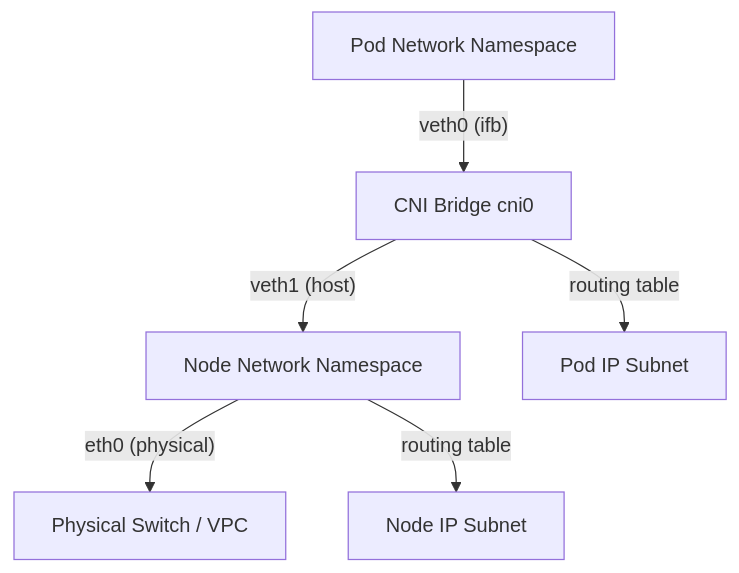
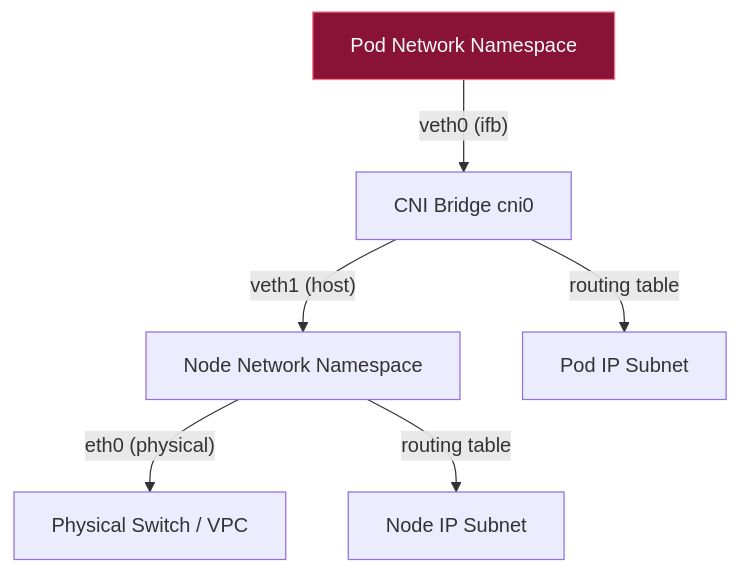
Before and after one commit to UnrealTemplier/go-textbook: the first of 2 diagrams in sources/3. Компьютерные сети и сетевой стек/41. Kubernetes Networking. CNI, Pod Network, Service, Ingress.md, drawn with Mermaid. The commit also changed other lines of this file and 1666 other files, not shown here.

First line of the commit message:
feat(mermaid): add semantic color classDef to 1369 colorless flowchart/graph diagrams

````diff
--- a/sources/3. Компьютерные сети и сетевой стек/41. Kubernetes Networking. CNI, Pod Network, Service, Ingress.md
+++ b/sources/3. Компьютерные сети и сетевой стек/41. Kubernetes Networking. CNI, Pod Network, Service, Ingress.md
@@ -48,8 +48,18 @@
 ```mermaid
 flowchart TD
-    A["Pod Network Namespace"] -->|"veth0 (ifb)"| B["CNI Bridge cni0"]
+    classDef process  fill:#1e293b,stroke:#38bdf8,stroke-width:1px,color:#f8fafc
+    classDef success  fill:#064e3b,stroke:#34d399,stroke-width:1px,color:#f8fafc
+    classDef error    fill:#7f1d1d,stroke:#f87171,stroke-width:1px,color:#f8fafc
+    classDef warning  fill:#78350f,stroke:#fbbf24,stroke-width:1px,color:#f8fafc
+    classDef entry    fill:#1e3a5f,stroke:#38bdf8,stroke-width:2px,color:#f8fafc
+    classDef aux      fill:#334155,stroke:#64748b,stroke-width:1px,color:#f8fafc
+    classDef system   fill:#312e81,stroke:#a78bfa,stroke-width:1px,color:#f8fafc
+    classDef data     fill:#132d29,stroke:#2dd4bf,stroke-width:1px,color:#f8fafc
+    classDef network  fill:#881337,stroke:#fb7185,stroke-width:1px,color:#f8fafc
+    classDef accent   fill:#1e1b4b,stroke:#818cf8,stroke-width:1px,color:#f8fafc
+    A["Pod Network Namespace"]:::network -->|"veth0 (ifb)"| B["CNI Bridge cni0"]
     B -->|"veth1 (host)"| C["Node Network Namespace"]
     C -->|"eth0 (physical)"| D["Physical Switch / VPC"]
     B -->|"routing table"| E["Pod IP Subnet"]
     C -->|"routing table"| F["Node IP Subnet"]
 ```
````
